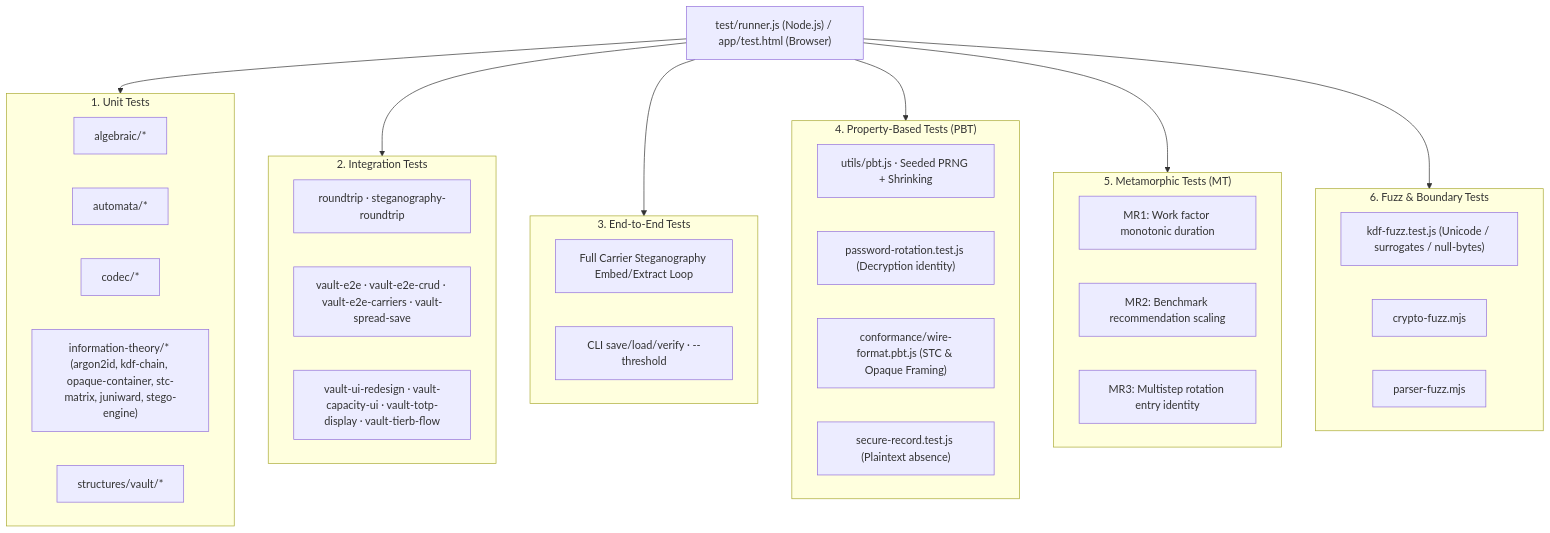
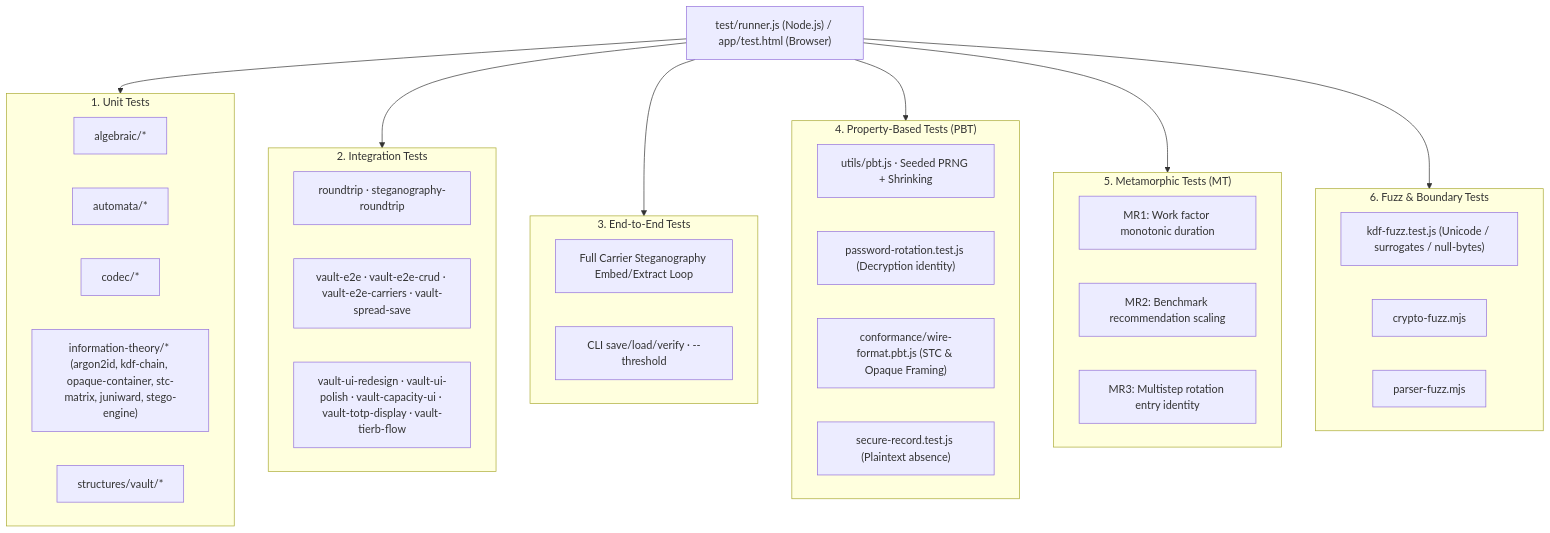
One commit to jessebeard/Ollie changed the fifth of 5 diagrams in src/specs/WIREFRAME.md. Above: the diagram before and after it, drawn with Mermaid. The commit also changed other lines of this file and 17 other files, not shown here.

First line of the commit message:
feat(vault-ui): CardFlowAutomata spatial anchoring, display view modes, and interactive polish

````diff
--- a/src/specs/WIREFRAME.md
+++ b/src/specs/WIREFRAME.md
@@ -360,49 +363,49 @@
 ```mermaid
 flowchart TB
     RUNNER["test/runner.js (Node.js) / app/test.html (Browser)"]
 
     subgraph UNIT["1. Unit Tests"]
         ALGT["algebraic/*"]
         AUTT["automata/*"]
         CODECT["codec/*"]
         ITT["information-theory/* (argon2id, kdf-chain, opaque-container, stc-matrix, juniward, stego-engine)"]
         STRUCTT["structures/vault/*"]
     end
 
     subgraph INTEG["2. Integration Tests"]
         ROUND["roundtrip · steganography-roundtrip"]
         VE2E["vault-e2e · vault-e2e-crud · vault-e2e-carriers · vault-spread-save"]
-        VUIFLOW["vault-ui-redesign · vault-capacity-ui · vault-totp-display · vault-tierb-flow"]
+        VUIFLOW["vault-ui-redesign · vault-ui-polish · vault-capacity-ui · vault-totp-display · vault-tierb-flow"]
     end
 
     subgraph E2E["3. End-to-End Tests"]
         FULLV["Full Carrier Steganography Embed/Extract Loop"]
         CLIE2E["CLI save/load/verify · --threshold"]
     end
 
     subgraph PBTW["4. Property-Based Tests (PBT)"]
         HARNESS["utils/pbt.js · Seeded PRNG + Shrinking"]
         ROTPBT["password-rotation.test.js (Decryption identity)"]
         WFPBT["conformance/wire-format.pbt.js (STC & Opaque Framing)"]
         SECPBT["secure-record.test.js (Plaintext absence)"]
     end
 
     subgraph MT["5. Metamorphic Tests (MT)"]
         MR1["MR1: Work factor monotonic duration"]
         MR2["MR2: Benchmark recommendation scaling"]
         MR3["MR3: Multistep rotation entry identity"]
     end
 
     subgraph FUZZ["6. Fuzz & Boundary Tests"]
         KDFFUZZ["kdf-fuzz.test.js (Unicode / surrogates / null-bytes)"]
         CRYPTOFUZZ["crypto-fuzz.mjs"]
         PARSERFUZZ["parser-fuzz.mjs"]
     end
 
     RUNNER --> UNIT
     RUNNER --> INTEG
     RUNNER --> E2E
     RUNNER --> PBTW
     RUNNER --> MT
     RUNNER --> FUZZ
 ```
````
